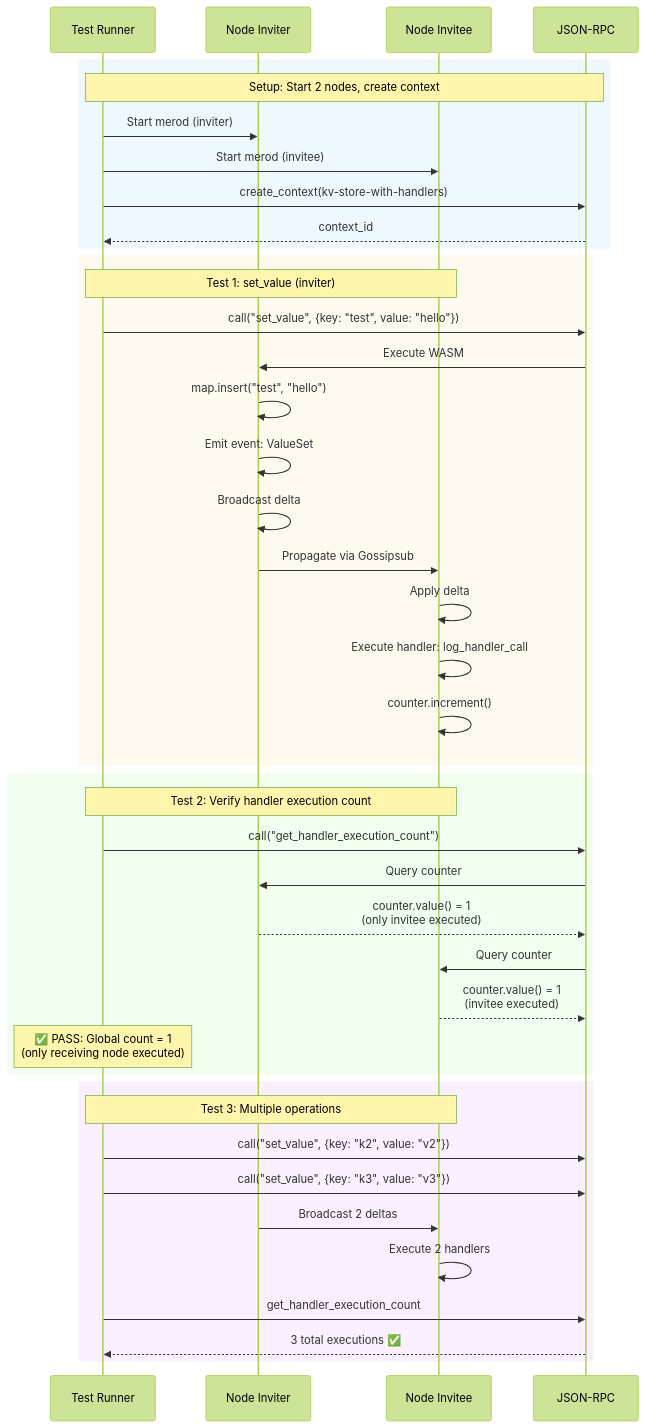
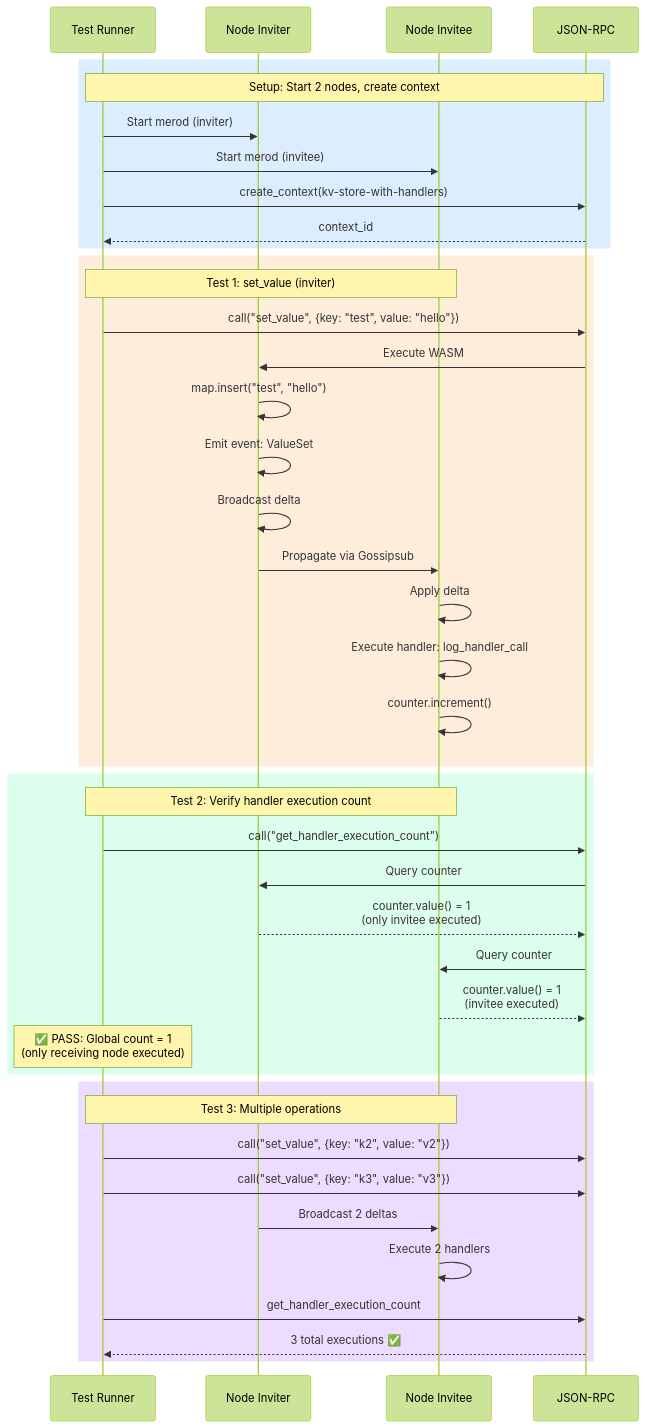
Before and after one commit to calimero-network/core: the sixth of 7 diagrams in crates/sdk/README.md, drawn with Mermaid (forest theme). The commit also changed other lines of this file and 3 other files, not shown here.

First line of the commit message:
docs: improve mermaid diagram accessibility with high-contrast colors

````diff
--- a/crates/sdk/README.md
+++ b/crates/sdk/README.md
@@ -496,53 +496,53 @@
 ```mermaid
 sequenceDiagram
     participant Test as Test Runner
     participant NodeInv as Node Inviter
     participant NodeInv2 as Node Invitee
     participant RPC as JSON-RPC
     
-    rect rgb(240, 248, 255)
+    rect rgb(220, 237, 255)
         Note over Test,RPC: Setup: Start 2 nodes, create context
         Test->>NodeInv: Start merod (inviter)
         Test->>NodeInv2: Start merod (invitee)
         Test->>RPC: create_context(kv-store-with-handlers)
         RPC-->>Test: context_id
     end
     
-    rect rgb(255, 250, 240)
+    rect rgb(255, 237, 220)
         Note over Test,NodeInv2: Test 1: set_value (inviter)
         Test->>RPC: call("set_value", {key: "test", value: "hello"})
         RPC->>NodeInv: Execute WASM
         NodeInv->>NodeInv: map.insert("test", "hello")
         NodeInv->>NodeInv: Emit event: ValueSet
         NodeInv->>NodeInv: Broadcast delta
         NodeInv->>NodeInv2: Propagate via Gossipsub
         NodeInv2->>NodeInv2: Apply delta
         NodeInv2->>NodeInv2: Execute handler: log_handler_call
         NodeInv2->>NodeInv2: counter.increment()
     end
     
-    rect rgb(240, 255, 240)
+    rect rgb(220, 255, 237)
         Note over Test,NodeInv2: Test 2: Verify handler execution count
         Test->>RPC: call("get_handler_execution_count")
         
         RPC->>NodeInv: Query counter
         NodeInv-->>RPC: counter.value() = 1<br/>(only invitee executed)
         
         RPC->>NodeInv2: Query counter
         NodeInv2-->>RPC: counter.value() = 1<br/>(invitee executed)
         
         Note over Test: ✅ PASS: Global count = 1<br/>(only receiving node executed)
     end
     
-    rect rgb(250, 240, 255)
+    rect rgb(237, 220, 255)
         Note over Test,NodeInv2: Test 3: Multiple operations
         Test->>RPC: call("set_value", {key: "k2", value: "v2"})
         Test->>RPC: call("set_value", {key: "k3", value: "v3"})
         
         NodeInv->>NodeInv2: Broadcast 2 deltas
         NodeInv2->>NodeInv2: Execute 2 handlers
         
         Test->>RPC: get_handler_execution_count
         RPC-->>Test: 3 total executions ✅
     end
 ```
````
